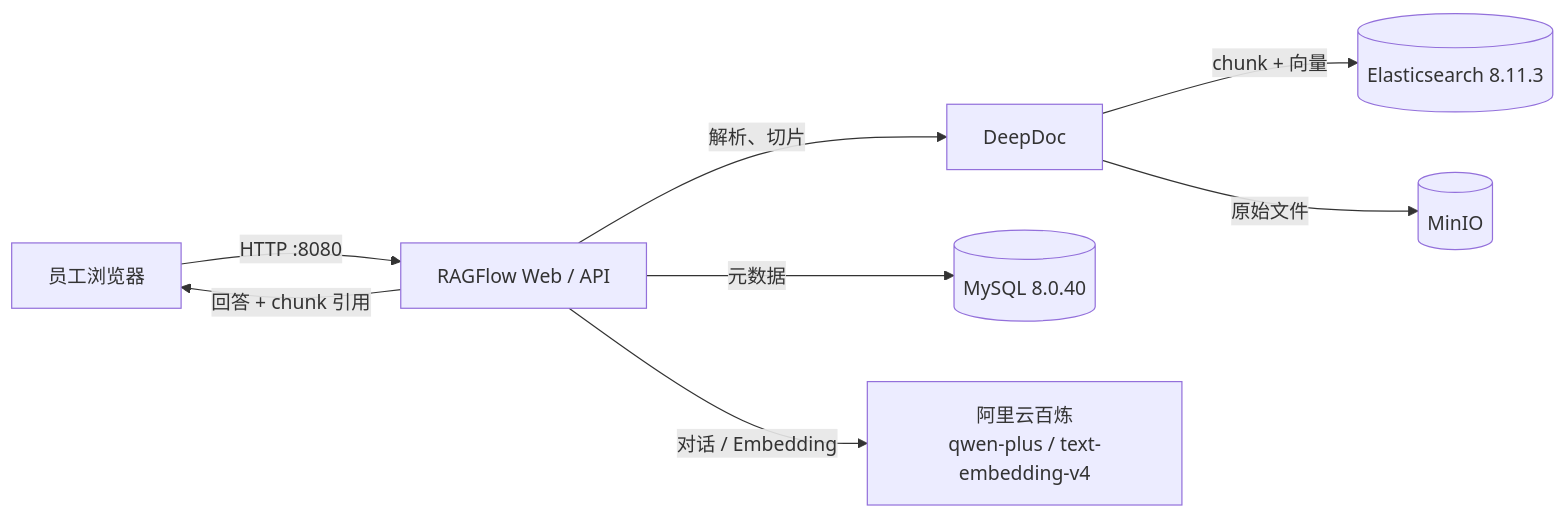
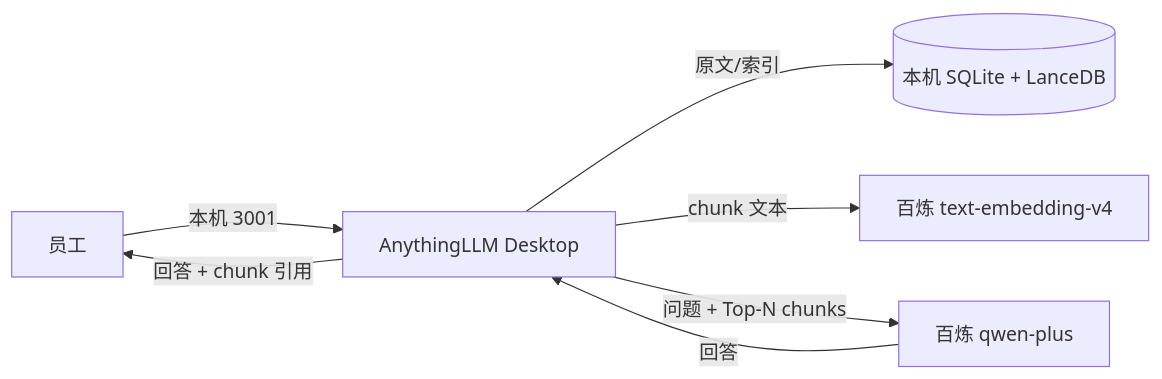
The diagram in README.md (haozhouliuliuliu/enterprise-rag-kb), drawn with Mermaid before and after one commit. The commit also changed other lines of this file and 4 other files, not shown here.

First line of the commit message:
docs: 切换底座为 AnythingLLM 并新增 ADR-001

````diff
--- a/README.md
+++ b/README.md
@@ -75,10 +100,9 @@
 ```mermaid
 flowchart LR
-  U[员工浏览器] -->|HTTP :8080| RF[RAGFlow Web / API]
-  RF -->|解析、切片| DD[DeepDoc]
-  DD -->|chunk + 向量| ES[(Elasticsearch 8.11.3)]
-  DD -->|原始文件| MO[(MinIO)]
-  RF -->|元数据| DB[(MySQL 8.0.40)]
-  RF -->|对话 / Embedding| DS[阿里云百炼<br/>qwen-plus / text-embedding-v4]
-  RF -->|回答 + chunk 引用| U
+  U[员工] -->|本机 3001| A[AnythingLLM Desktop]
+  A -->|原文/索引| L[(本机 SQLite + LanceDB)]
+  A -->|chunk 文本| E[百炼 text-embedding-v4]
+  A -->|问题 + Top-N chunks| Q[百炼 qwen-plus]
+  Q -->|回答| A
+  A -->|回答 + chunk 引用| U
 ```
````
